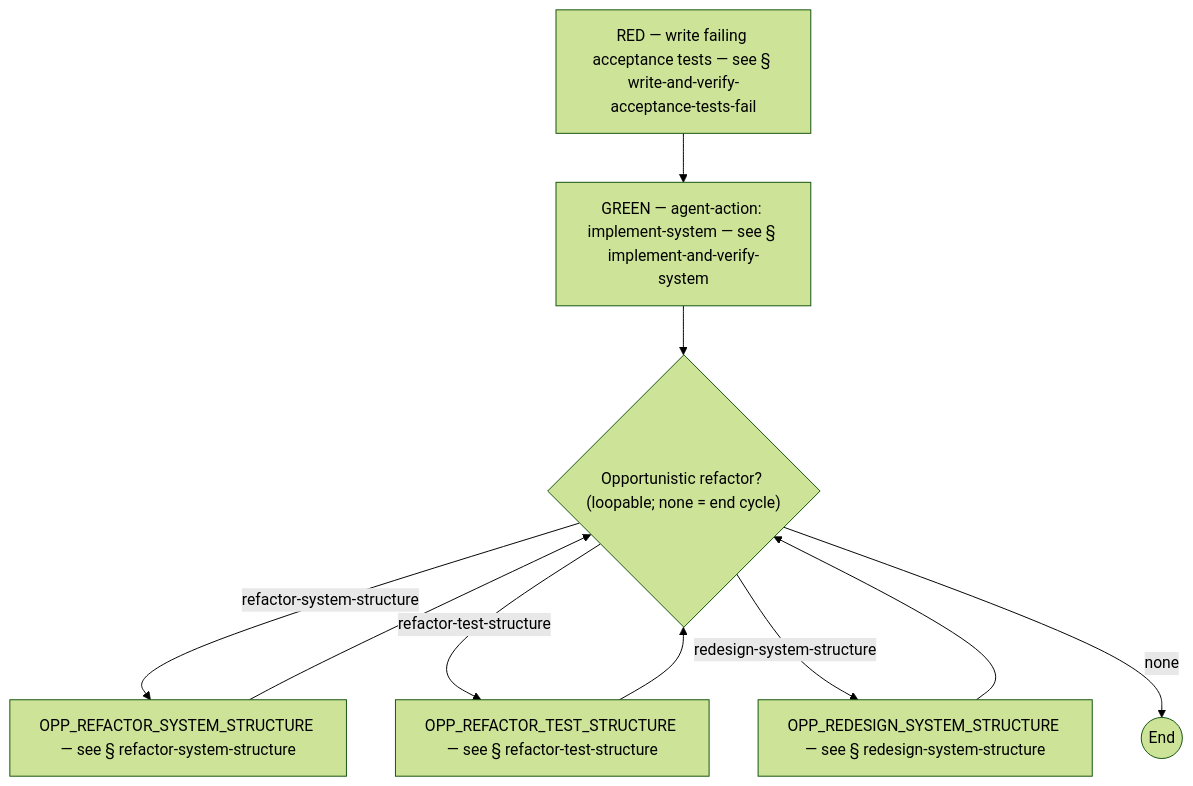
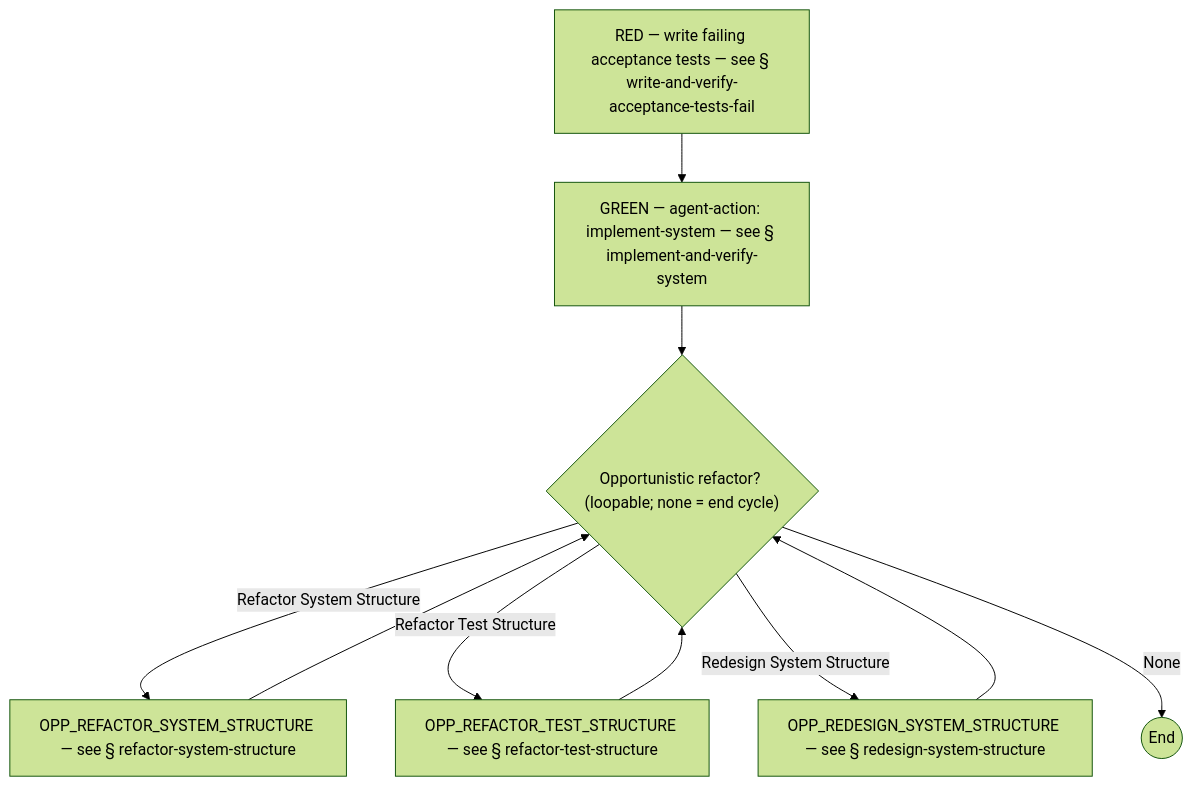
Before and after one commit to optivem/gh-optivem: the eighth of 50 diagrams in docs/process-diagram.md, drawn with Mermaid (forest theme). The commit also changed other lines of this file and 3 other files, not shown here.

````diff
--- a/docs/process-diagram.md
+++ b/docs/process-diagram.md
@@ -172,20 +172,20 @@
 ```mermaid
 flowchart TD
     CHANGE_SYSTEM_BEHAVIOR_END((End))
     GATE_OPPORTUNISTIC_REFACTOR{"Opportunistic refactor? (loopable; none = end cycle)"}
     IMPLEMENT_AND_VERIFY_SYSTEM[GREEN — agent-action: implement-system — see § implement-and-verify-system]
     OPP_REDESIGN_SYSTEM_STRUCTURE[OPP_REDESIGN_SYSTEM_STRUCTURE — see § redesign-system-structure]
     OPP_REFACTOR_SYSTEM_STRUCTURE[OPP_REFACTOR_SYSTEM_STRUCTURE — see § refactor-system-structure]
     OPP_REFACTOR_TEST_STRUCTURE[OPP_REFACTOR_TEST_STRUCTURE — see § refactor-test-structure]
     WRITE_AND_VERIFY_ACCEPTANCE_TESTS_FAIL[RED — write failing acceptance tests — see § write-and-verify-acceptance-tests-fail]
 
     WRITE_AND_VERIFY_ACCEPTANCE_TESTS_FAIL --> IMPLEMENT_AND_VERIFY_SYSTEM
     IMPLEMENT_AND_VERIFY_SYSTEM --> GATE_OPPORTUNISTIC_REFACTOR
-    GATE_OPPORTUNISTIC_REFACTOR -- refactor-system-structure --> OPP_REFACTOR_SYSTEM_STRUCTURE
-    GATE_OPPORTUNISTIC_REFACTOR -- refactor-test-structure --> OPP_REFACTOR_TEST_STRUCTURE
-    GATE_OPPORTUNISTIC_REFACTOR -- redesign-system-structure --> OPP_REDESIGN_SYSTEM_STRUCTURE
-    GATE_OPPORTUNISTIC_REFACTOR -- none --> CHANGE_SYSTEM_BEHAVIOR_END
+    GATE_OPPORTUNISTIC_REFACTOR -- Refactor System Structure --> OPP_REFACTOR_SYSTEM_STRUCTURE
+    GATE_OPPORTUNISTIC_REFACTOR -- Refactor Test Structure --> OPP_REFACTOR_TEST_STRUCTURE
+    GATE_OPPORTUNISTIC_REFACTOR -- Redesign System Structure --> OPP_REDESIGN_SYSTEM_STRUCTURE
+    GATE_OPPORTUNISTIC_REFACTOR -- None --> CHANGE_SYSTEM_BEHAVIOR_END
     OPP_REFACTOR_SYSTEM_STRUCTURE --> GATE_OPPORTUNISTIC_REFACTOR
     OPP_REFACTOR_TEST_STRUCTURE --> GATE_OPPORTUNISTIC_REFACTOR
     OPP_REDESIGN_SYSTEM_STRUCTURE --> GATE_OPPORTUNISTIC_REFACTOR
 ```
````
